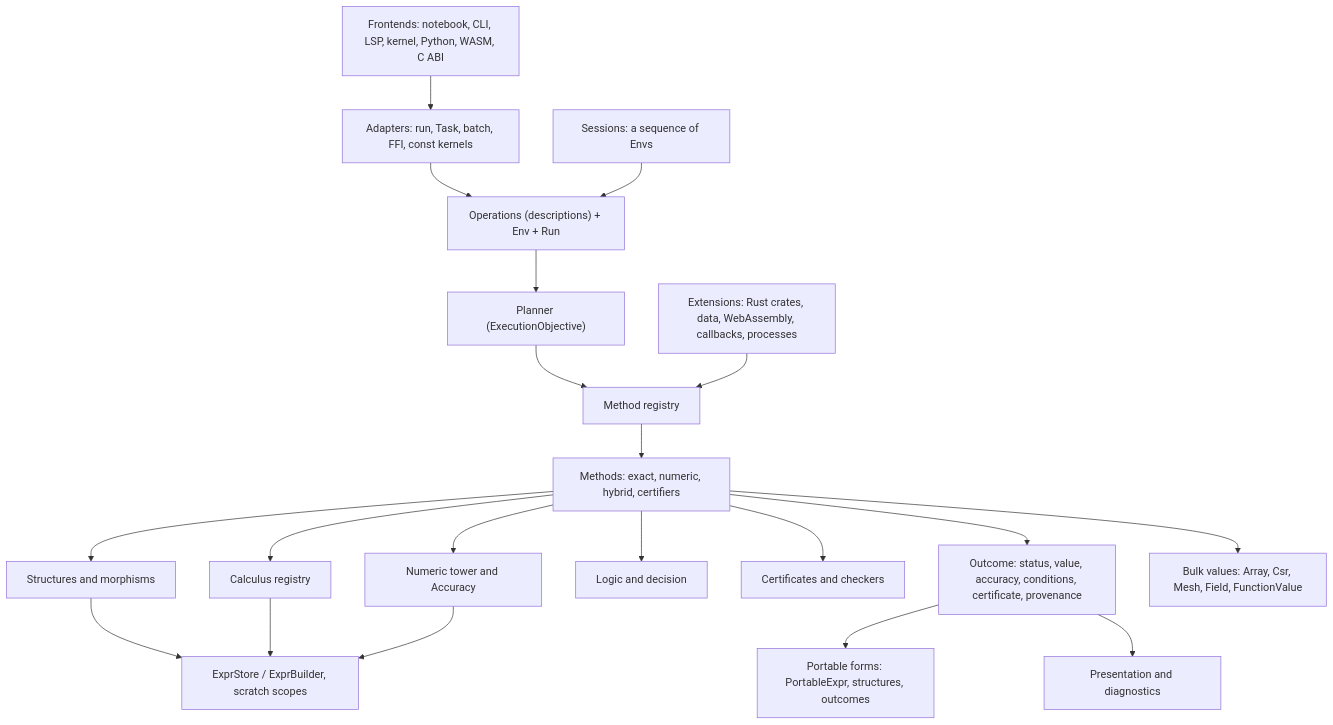
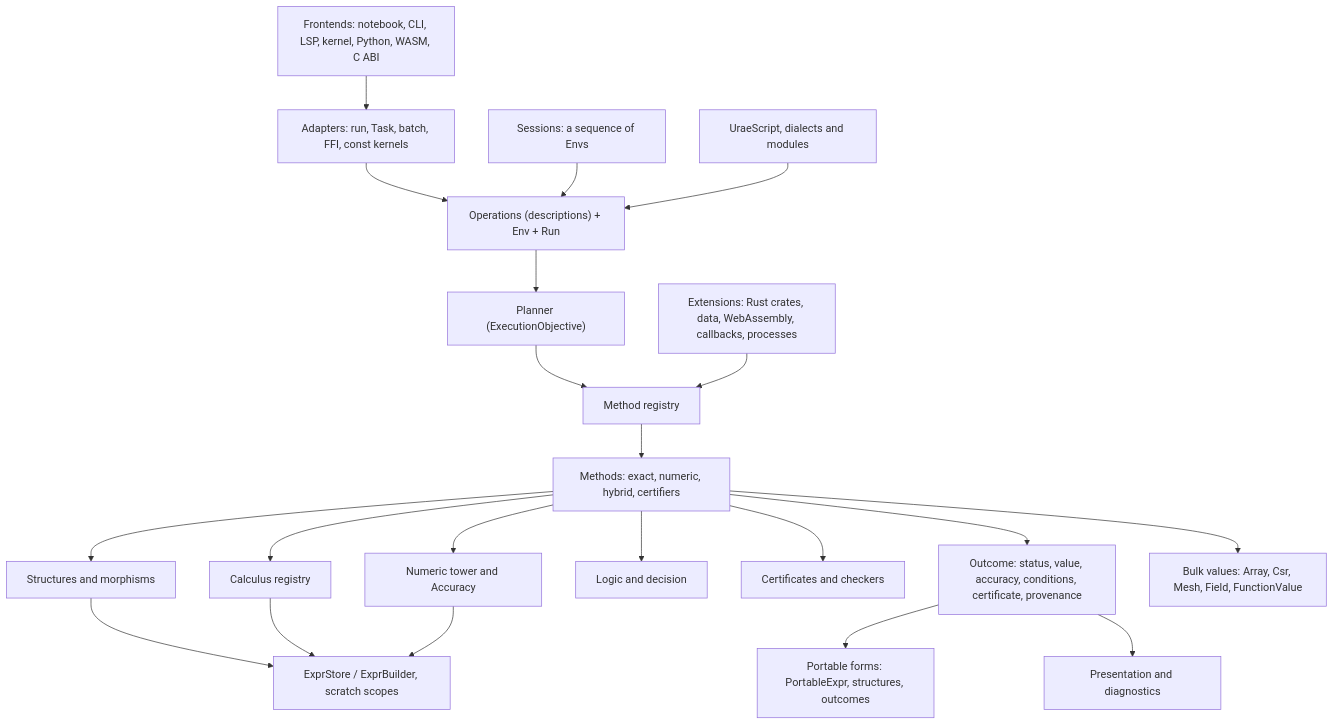
The second of 2 diagrams in docs/DESIGN.md (Spodeian/algebra-engine), drawn with Mermaid before and after one commit. The commit also changed other lines of this file, not shown here.

````diff
--- a/docs/DESIGN.md
+++ b/docs/DESIGN.md
@@ -362,22 +371,23 @@
 ```mermaid
 graph TD
     fe["Frontends: notebook, CLI, LSP, kernel, Python, WASM, C ABI"] --> ad["Adapters: run, Task, batch, FFI, const kernels"]
     ad --> ops["Operations (descriptions) + Env + Run"]
     ops --> plan["Planner (ExecutionObjective)"]
     plan --> reg["Method registry"]
     ext["Extensions: Rust crates, data, WebAssembly, callbacks, processes"] --> reg
     reg --> m["Methods: exact, numeric, hybrid, certifiers"]
     m --> st["Structures and morphisms"]
     m --> calc["Calculus registry"]
     m --> num["Numeric tower and Accuracy"]
     st --> store["ExprStore / ExprBuilder, scratch scopes"]
     calc --> store
     num --> store
     m --> logic["Logic and decision"]
     m --> cert["Certificates and checkers"]
     m --> out["Outcome: status, value, accuracy, conditions, certificate, provenance"]
     out --> port["Portable forms: PortableExpr, structures, outcomes"]
     out --> pres["Presentation and diagnostics"]
     sess["Sessions: a sequence of Envs"] --> ops
+    lang["UraeScript, dialects and modules"] --> ops
     m --> bulk["Bulk values: Array, Csr, Mesh, Field, FunctionValue"]
 ```
````
